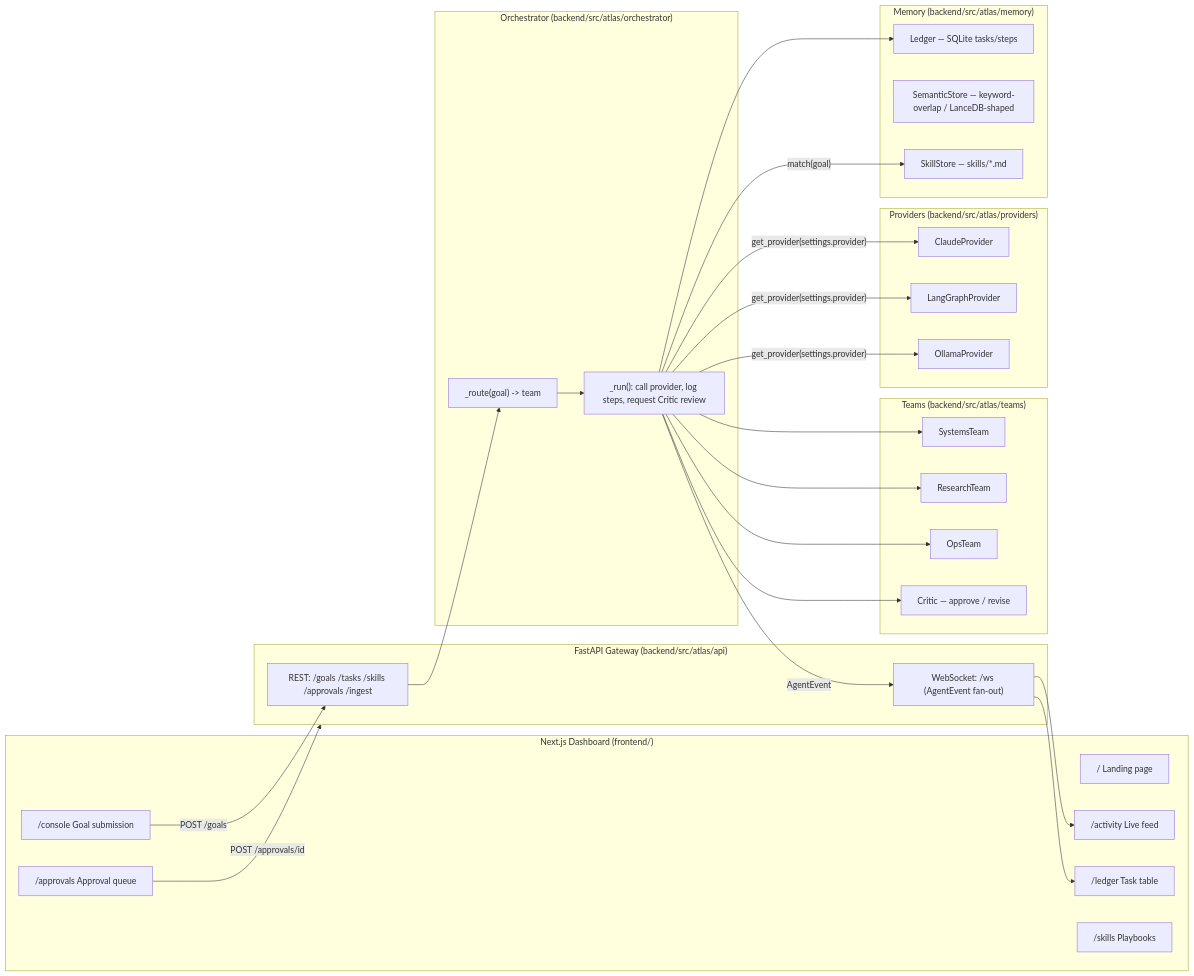
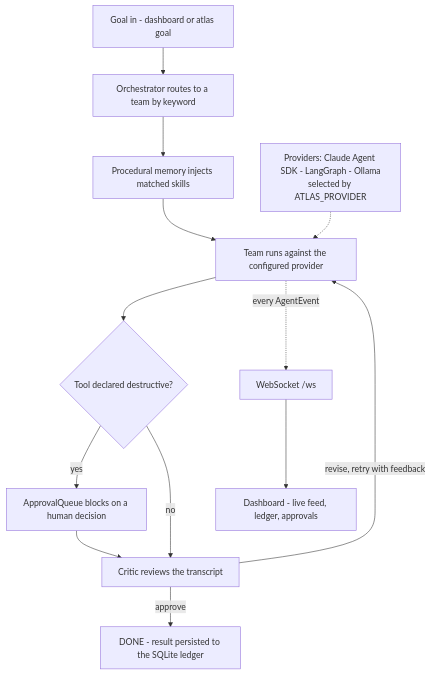
Before and after one commit to harshitwandhare/atlas-ra: the diagram in README.md, drawn with Mermaid. The commit also changed other lines of this file and 9 other files, not shown here.

First line of the commit message:
docs: replace the architecture diagram and refresh screenshots (#19)

````diff
--- a/README.md
+++ b/README.md
@@ -104,50 +110,17 @@
 ```mermaid
-flowchart LR
-    subgraph Dashboard["Next.js Dashboard (frontend/)"]
-        Landing["/ Landing page"]
-        Chat["/console Goal submission"]
-        Activity["/activity Live feed"]
-        Ledger["/ledger Task table"]
-        Skills["/skills Playbooks"]
-        Approvals["/approvals Approval queue"]
-    end
+flowchart TB
+    Goal["Goal in - dashboard or atlas goal"] --> Route["Orchestrator routes to a team by keyword"]
+    Route --> Skills["Procedural memory injects matched skills"]
+    Skills --> Run["Team runs against the configured provider"]
+    Run --> Gate{"Tool declared destructive?"}
+    Gate -- "yes" --> Queue["ApprovalQueue blocks on a human decision"]
+    Gate -- "no" --> Critic
+    Queue --> Critic["Critic reviews the transcript"]
+    Critic -- "revise, retry with feedback" --> Run
+    Critic -- "approve" --> Done["DONE - result persisted to the SQLite ledger"]
 
-    subgraph API["FastAPI Gateway (backend/src/atlas/api)"]
-        REST["REST: /goals /tasks /skills /approvals /ingest"]
-        WS["WebSocket: /ws (AgentEvent fan-out)"]
-    end
+    Run -. "every AgentEvent" .-> Bus["WebSocket /ws"]
+    Bus --> Dash["Dashboard - live feed, ledger, approvals"]
 
-    subgraph Core["Orchestrator (backend/src/atlas/orchestrator)"]
-        Route["_route(goal) -> team"]
-        Run["_run(): call provider, log steps, request Critic review"]
-    end
-
-    subgraph Teams["Teams (backend/src/atlas/teams)"]
-        Systems["SystemsTeam"]
-        Research["ResearchTeam"]
-        Ops["OpsTeam"]
-        Critic["Critic — approve / revise"]
-    end
-
-    subgraph Providers["Providers (backend/src/atlas/providers)"]
-        Claude["ClaudeProvider"]
-        LangGraph["LangGraphProvider"]
-        Ollama["OllamaProvider"]
-    end
-
-    subgraph Memory["Memory (backend/src/atlas/memory)"]
-        Episodic["Ledger — SQLite tasks/steps"]
-        Semantic["SemanticStore — keyword-overlap / LanceDB-shaped"]
-        Procedural["SkillStore — skills/*.md"]
-    end
-
-    Chat -- POST /goals --> REST
-    REST --> Route --> Run
-    Run --> Systems & Research & Ops
-    Run -- get_provider(settings.provider) --> Claude & LangGraph & Ollama
-    Run --> Critic
-    Run --> Episodic
-    Run -- match(goal) --> Procedural
-    Run -- AgentEvent --> WS --> Activity & Ledger
-    Approvals -- POST /approvals/id --> API
+    Providers["Providers: Claude Agent SDK - LangGraph - Ollama<br/>selected by ATLAS_PROVIDER"] -.-> Run
 ```
````
